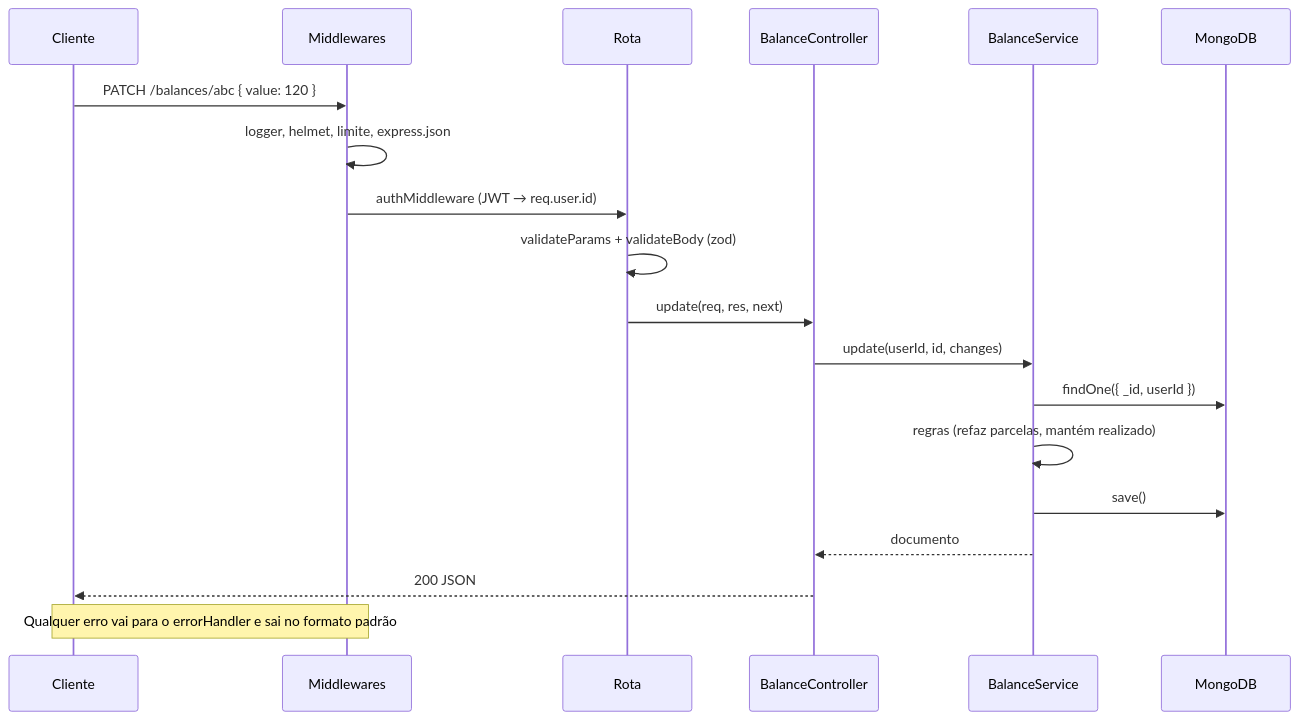
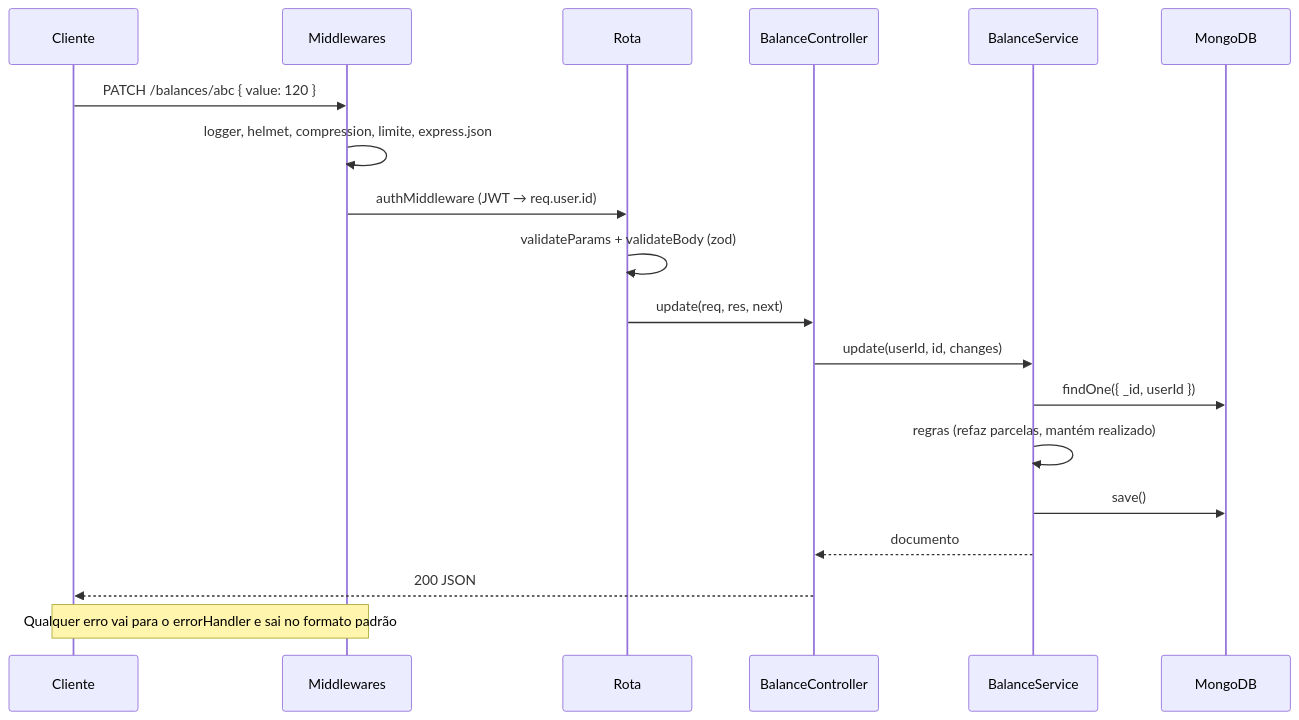
One commit to Janilso/planejamento_financeiro_api changed the diagram in docs/arquitetura.md. Above: the diagram before and after it, drawn with Mermaid. The commit also changed other lines of this file and 5 other files, not shown here.

````diff
--- a/docs/arquitetura.md
+++ b/docs/arquitetura.md
@@ -57,21 +58,21 @@
 ```mermaid
 sequenceDiagram
     participant C as Cliente
     participant MW as Middlewares
     participant R as Rota
     participant Ctl as BalanceController
     participant S as BalanceService
     participant DB as MongoDB
     C->>MW: PATCH /balances/abc { value: 120 }
-    MW->>MW: logger, helmet, limite, express.json
+    MW->>MW: logger, helmet, compression, limite, express.json
     MW->>R: authMiddleware (JWT → req.user.id)
     R->>R: validateParams + validateBody (zod)
     R->>Ctl: update(req, res, next)
     Ctl->>S: update(userId, id, changes)
     S->>DB: findOne({ _id, userId })
     S->>S: regras (refaz parcelas, mantém realizado)
     S->>DB: save()
     S-->>Ctl: documento
     Ctl-->>C: 200 JSON
     Note over MW,C: Qualquer erro vai para o errorHandler e sai no formato padrão
 ```
````
